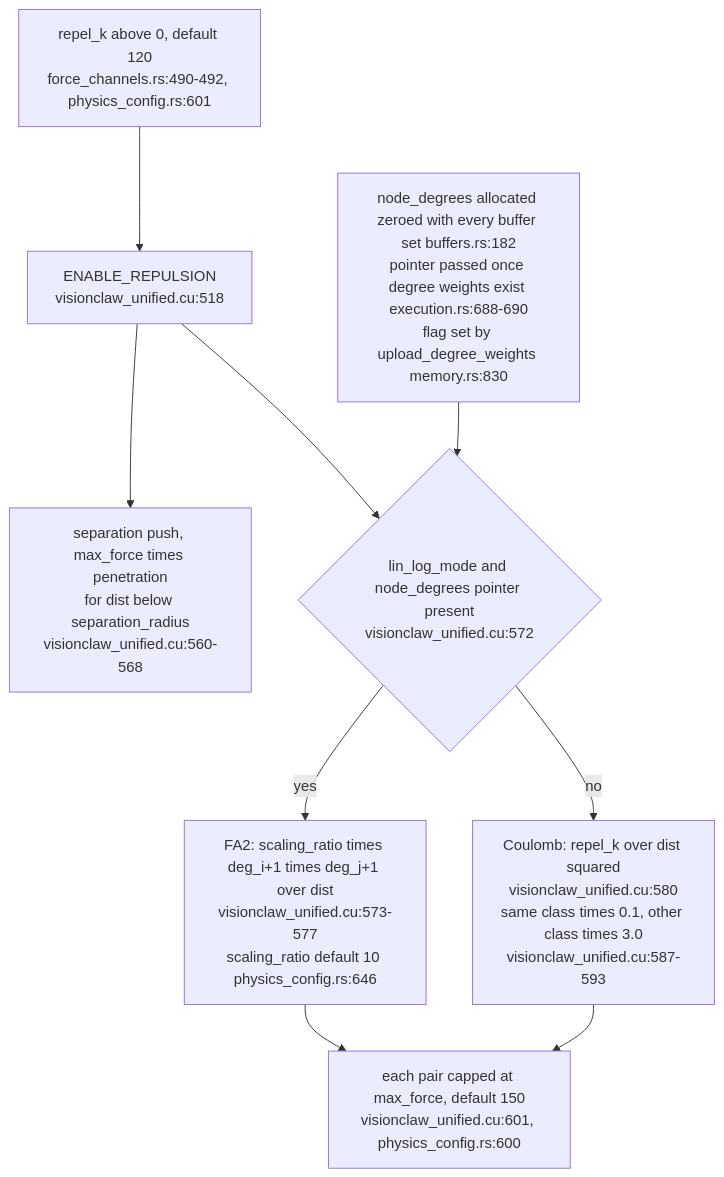
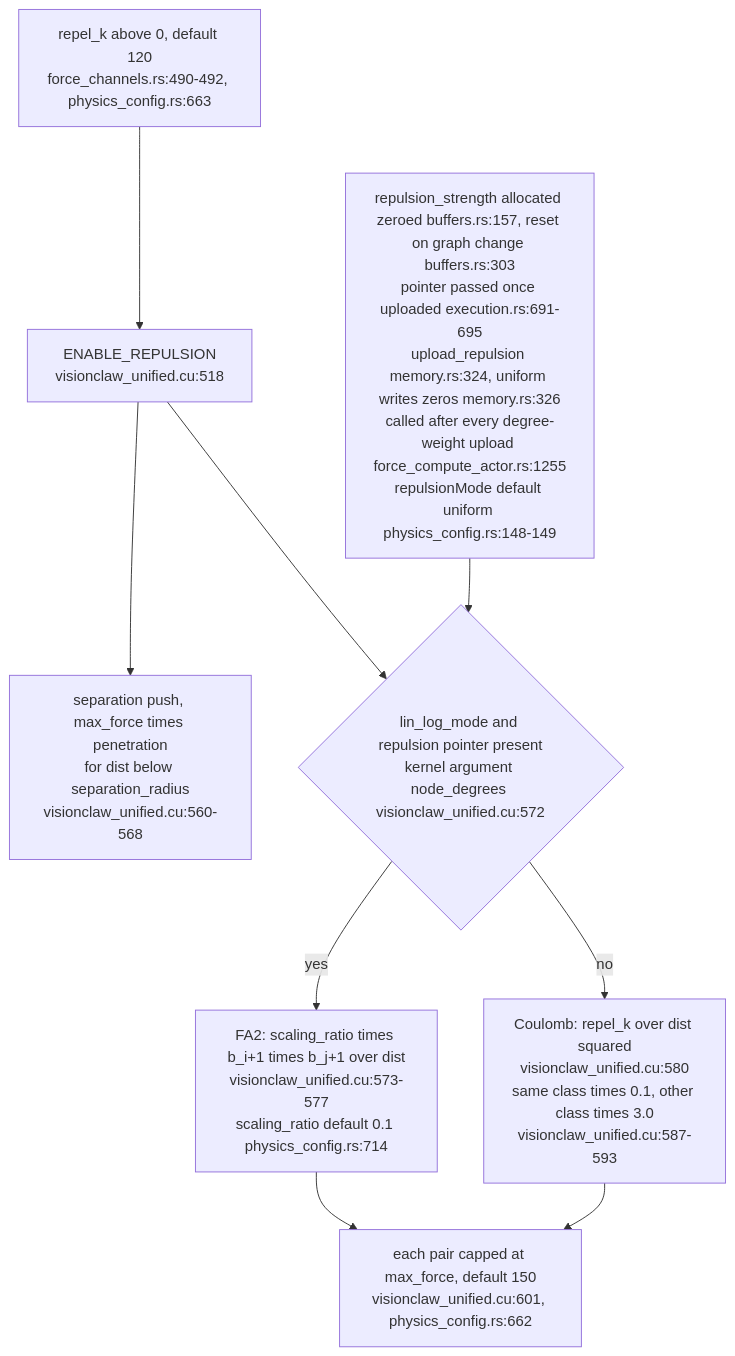
The second of 5 diagrams in docs/diagrams/visionclaw/59-force-terms-and-where-configured.md (DreamLab-AI/VisionFlow), drawn with Mermaid before and after one commit. The commit also changed other lines of this file and 2 other files, not shown here.

First line of the commit message:
diagrams(visionclaw): re-verify VC-59, VC-60, VC-61 at visionclaw 4900ec60b

````diff
--- a/docs/diagrams/visionclaw/59-force-terms-and-where-configured.md
+++ b/docs/diagrams/visionclaw/59-force-terms-and-where-configured.md
@@ -57,11 +59,11 @@
 ```mermaid
 flowchart TB
-    REPK["repel_k above 0, default 120<br/>force_channels.rs:490-492, physics_config.rs:601"] --> RFLAG["ENABLE_REPULSION<br/>visionclaw_unified.cu:518"]
+    REPK["repel_k above 0, default 120<br/>force_channels.rs:490-492, physics_config.rs:663"] --> RFLAG["ENABLE_REPULSION<br/>visionclaw_unified.cu:518"]
     RFLAG --> SEP["separation push, max_force times penetration<br/>for dist below separation_radius<br/>visionclaw_unified.cu:560-568"]
-    RFLAG --> WHICH{"lin_log_mode and node_degrees pointer present<br/>visionclaw_unified.cu:572"}
-    WHICH -->|"yes"| FA2["FA2: scaling_ratio times deg_i+1 times deg_j+1 over dist<br/>visionclaw_unified.cu:573-577<br/>scaling_ratio default 10 physics_config.rs:646"]
+    RFLAG --> WHICH{"lin_log_mode and repulsion pointer present<br/>kernel argument node_degrees visionclaw_unified.cu:572"}
+    WHICH -->|"yes"| FA2["FA2: scaling_ratio times b_i+1 times b_j+1 over dist<br/>visionclaw_unified.cu:573-577<br/>scaling_ratio default 0.1 physics_config.rs:714"]
     WHICH -->|"no"| COUL["Coulomb: repel_k over dist squared<br/>visionclaw_unified.cu:580<br/>same class times 0.1, other class times 3.0<br/>visionclaw_unified.cu:587-593"]
-    FA2 --> CAP["each pair capped at max_force, default 150<br/>visionclaw_unified.cu:601, physics_config.rs:600"]
+    FA2 --> CAP["each pair capped at max_force, default 150<br/>visionclaw_unified.cu:601, physics_config.rs:662"]
     COUL --> CAP
-    DEG["node_degrees allocated zeroed with every buffer set buffers.rs:182<br/>pointer passed once degree weights exist execution.rs:688-690<br/>flag set by upload_degree_weights memory.rs:830"] --> WHICH
+    DEG["repulsion_strength allocated zeroed buffers.rs:157, reset on graph change buffers.rs:303<br/>pointer passed once uploaded execution.rs:691-695<br/>upload_repulsion memory.rs:324, uniform writes zeros memory.rs:326<br/>called after every degree-weight upload force_compute_actor.rs:1255<br/>repulsionMode default uniform physics_config.rs:148-149"] --> WHICH
 ```
````
